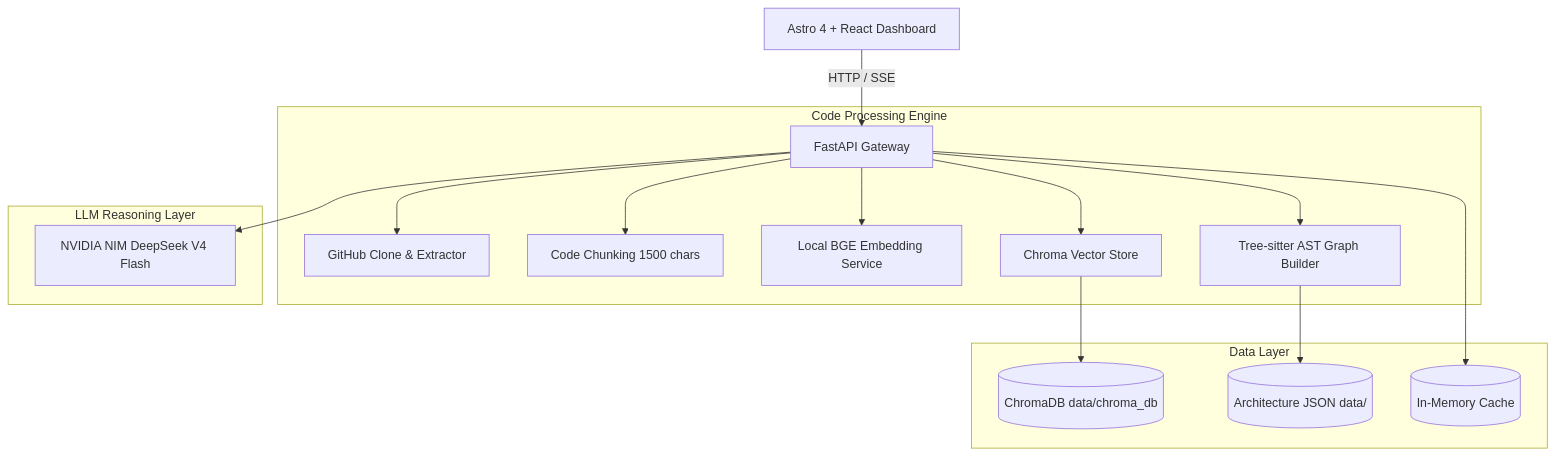
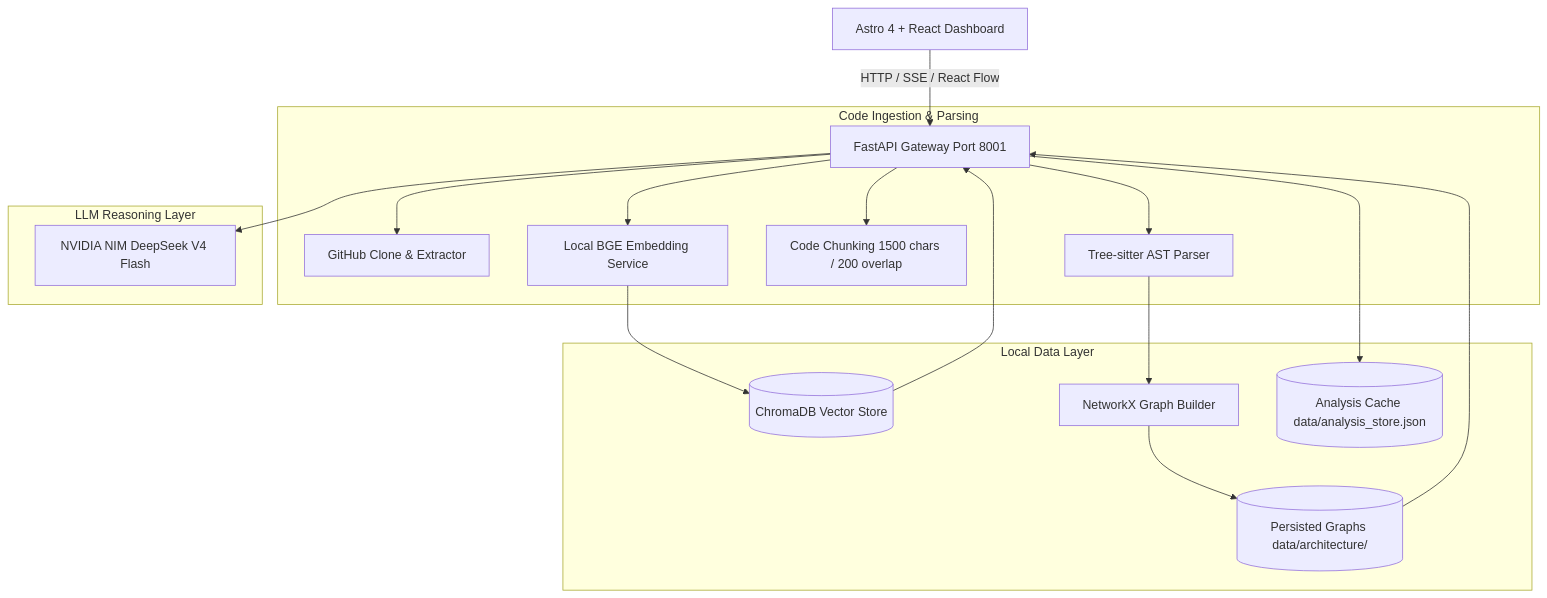
One commit to VarshithReddy2006/Repo-Intelligence-Agent changed the diagram in README.md. Above: the diagram before and after it, drawn with Mermaid. The commit also changed other lines of this file and 23 other files, not shown here.

````diff
--- a/README.md
+++ b/README.md
@@ -68,22 +104,25 @@
 ```mermaid
 graph TD
-    UI[Astro 4 + React Dashboard] -- HTTP / SSE --> API[FastAPI Gateway]
+    UI[Astro 4 + React Dashboard] -- HTTP / SSE / React Flow --> API[FastAPI Gateway Port 8001]
     
-    subgraph Engine [Code Processing Engine]
+    subgraph Processing [Code Ingestion & Parsing]
         API --> GH[GitHub Clone & Extractor]
-        API --> CC[Code Chunking 1500 chars]
+        API --> TS[Tree-sitter AST Parser]
+        API --> CC[Code Chunking 1500 chars / 200 overlap]
         API --> ES[Local BGE Embedding Service]
-        API --> CS[Chroma Vector Store]
-        API --> AS[Tree-sitter AST Graph Builder]
     end
 
-    subgraph Memory [Data Layer]
-        CS --> DB[(ChromaDB data/chroma_db)]
-        AS --> JSON[(Architecture JSON data/)]
-        API --> CACHE[(In-Memory Cache)]
+    subgraph Memory [Local Data Layer]
+        ES --> Chroma[(ChromaDB Vector Store)]
+        TS --> NX[NetworkX Graph Builder]
+        NX --> DB_Graph[(Persisted Graphs data/architecture/)]
+        API --> DB_Store[(Analysis Cache data/analysis_store.json)]
     end
 
     subgraph AI [LLM Reasoning Layer]
         API --> NIM[NVIDIA NIM DeepSeek V4 Flash]
     end
+    
+    Chroma --> API
+    DB_Graph --> API
 ```
````
